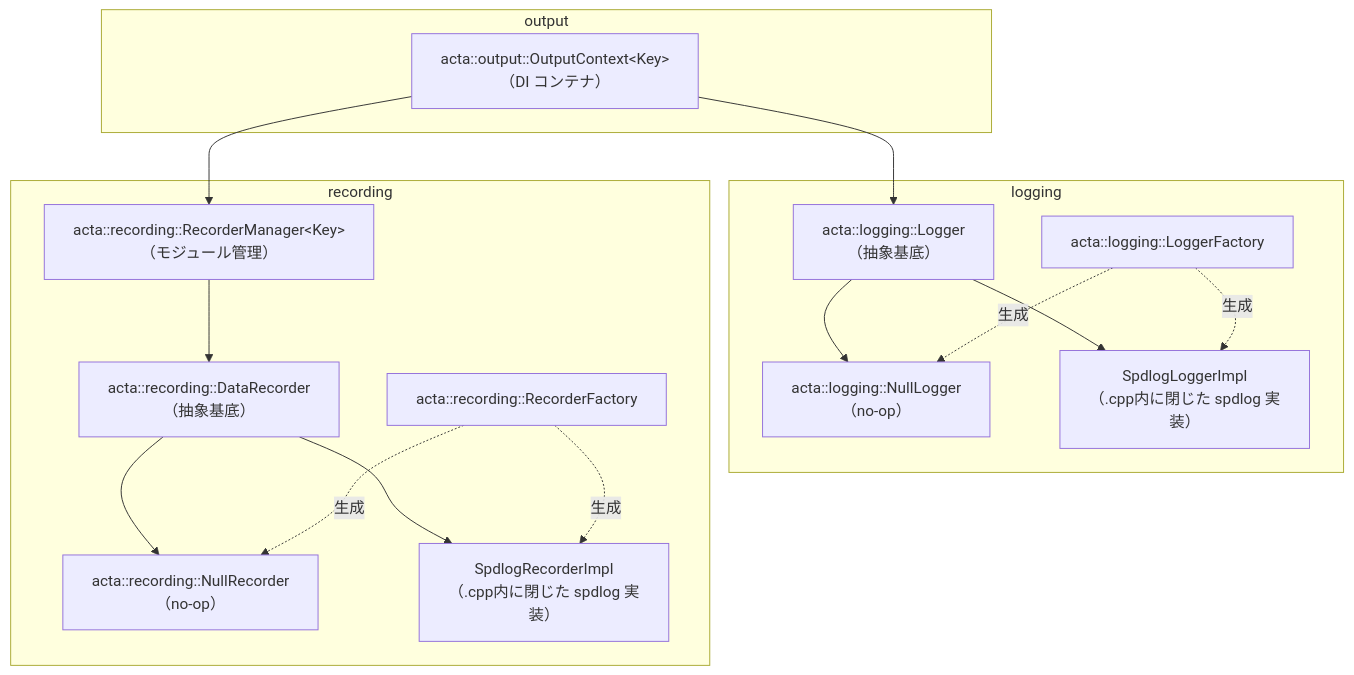
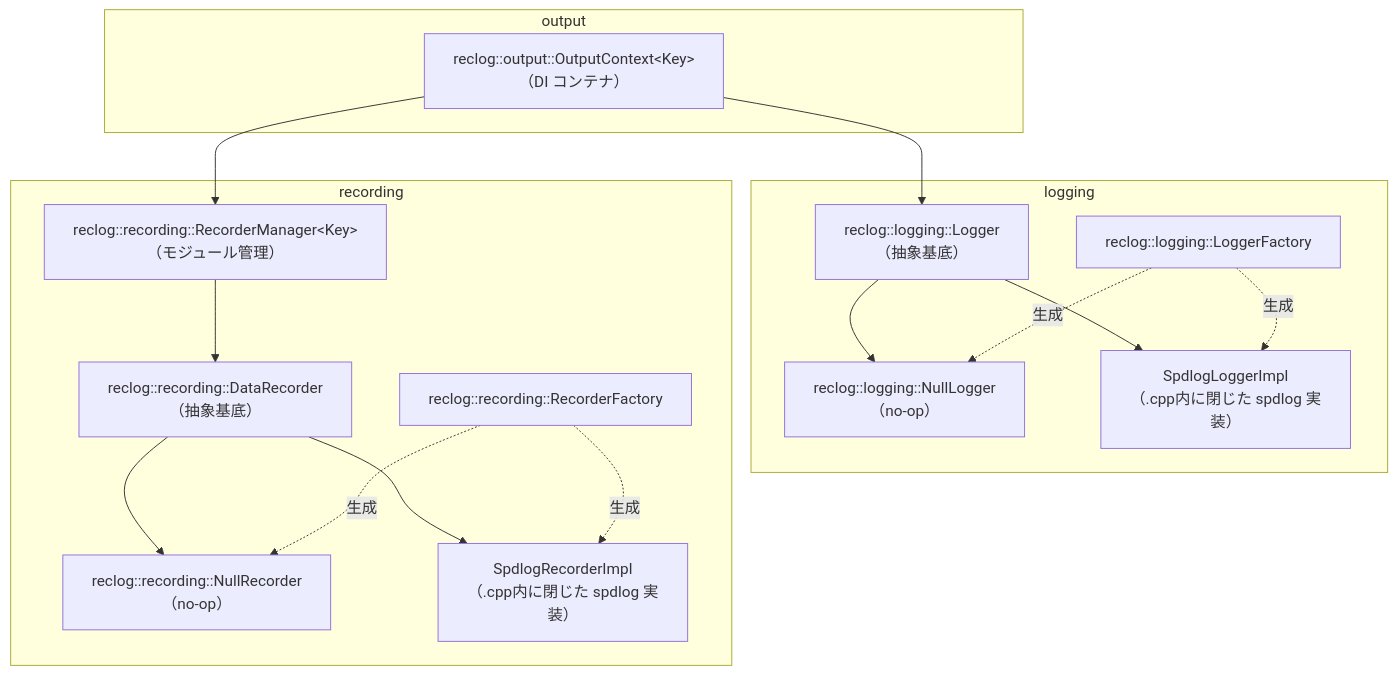
The diagram in docs/output-system.md (mkiyooka/reclog), drawn with Mermaid before and after one commit. The commit also changed other lines of this file and 24 other files, not shown here.

Commit message:
refactor: プロジェクト名を acta から reclog に変更

````diff
--- a/docs/output-system.md
+++ b/docs/output-system.md
@@ -177,33 +177,33 @@
 ```mermaid
 graph TD
     subgraph logging
-        L["acta::logging::Logger\n（抽象基底）"]
-        NL["acta::logging::NullLogger\n（no-op）"]
+        L["reclog::logging::Logger\n（抽象基底）"]
+        NL["reclog::logging::NullLogger\n（no-op）"]
         SL["SpdlogLoggerImpl\n（.cpp内に閉じた spdlog 実装）"]
-        LF["acta::logging::LoggerFactory"]
+        LF["reclog::logging::LoggerFactory"]
         L --> NL
         L --> SL
         LF -.生成.-> SL
         LF -.生成.-> NL
     end
 
     subgraph recording
-        DR["acta::recording::DataRecorder\n（抽象基底）"]
-        NR["acta::recording::NullRecorder\n（no-op）"]
+        DR["reclog::recording::DataRecorder\n（抽象基底）"]
+        NR["reclog::recording::NullRecorder\n（no-op）"]
         SR["SpdlogRecorderImpl\n（.cpp内に閉じた spdlog 実装）"]
-        RM["acta::recording::RecorderManager&lt;Key&gt;\n（モジュール管理）"]
-        RF["acta::recording::RecorderFactory"]
+        RM["reclog::recording::RecorderManager&lt;Key&gt;\n（モジュール管理）"]
+        RF["reclog::recording::RecorderFactory"]
         DR --> NR
         DR --> SR
         RM --> DR
         RF -.生成.-> SR
         RF -.生成.-> NR
     end
 
     subgraph output
-        OC["acta::output::OutputContext&lt;Key&gt;\n（DI コンテナ）"]
+        OC["reclog::output::OutputContext&lt;Key&gt;\n（DI コンテナ）"]
     end
 
     OC --> L
     OC --> RM
 ```
````
